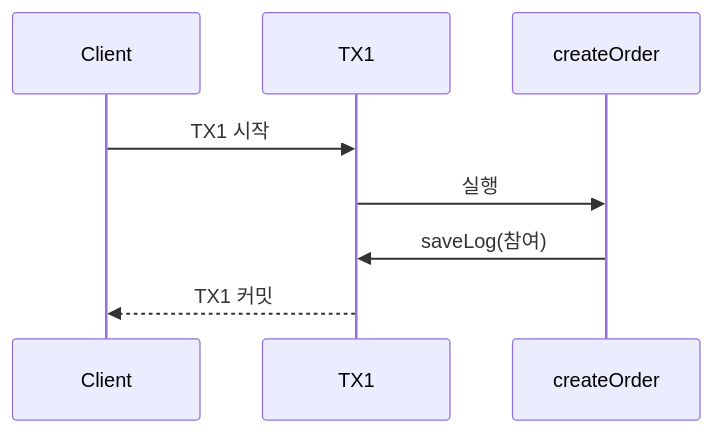
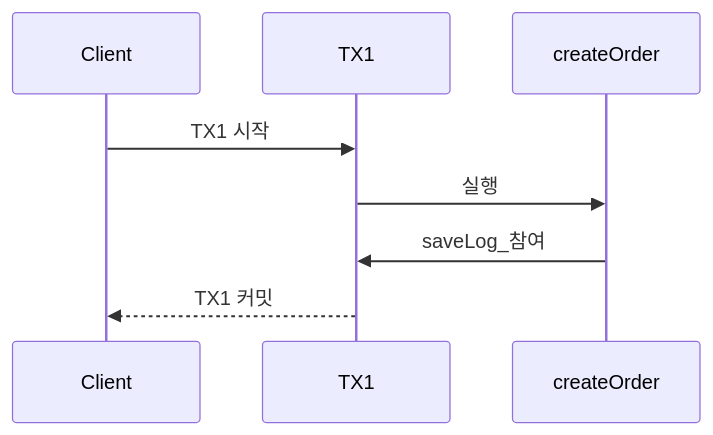
Before and after one commit to yjkim2015/yjkim2015.github.io: the third of 3 diagrams in _posts/spring/2026-05-01-spring-transaction.md, drawn with Mermaid. The commit also changed 85 other files, not shown here.

First line of the commit message:
sequenceDiagram 문법 에러 2차 수정 169개 (86파일)

````diff
--- a/_posts/spring/2026-05-01-spring-transaction.md
+++ b/_posts/spring/2026-05-01-spring-transaction.md
@@ -122,10 +122,10 @@
 ```mermaid
 sequenceDiagram
     participant C as Client
     participant TX1 as TX1
     participant CO as createOrder
     C->>TX1: TX1 시작
     TX1->>CO: 실행
-    CO->>TX1: saveLog(참여)
+    CO->>TX1: saveLog_참여
     TX1-->>C: TX1 커밋
 ```
````
